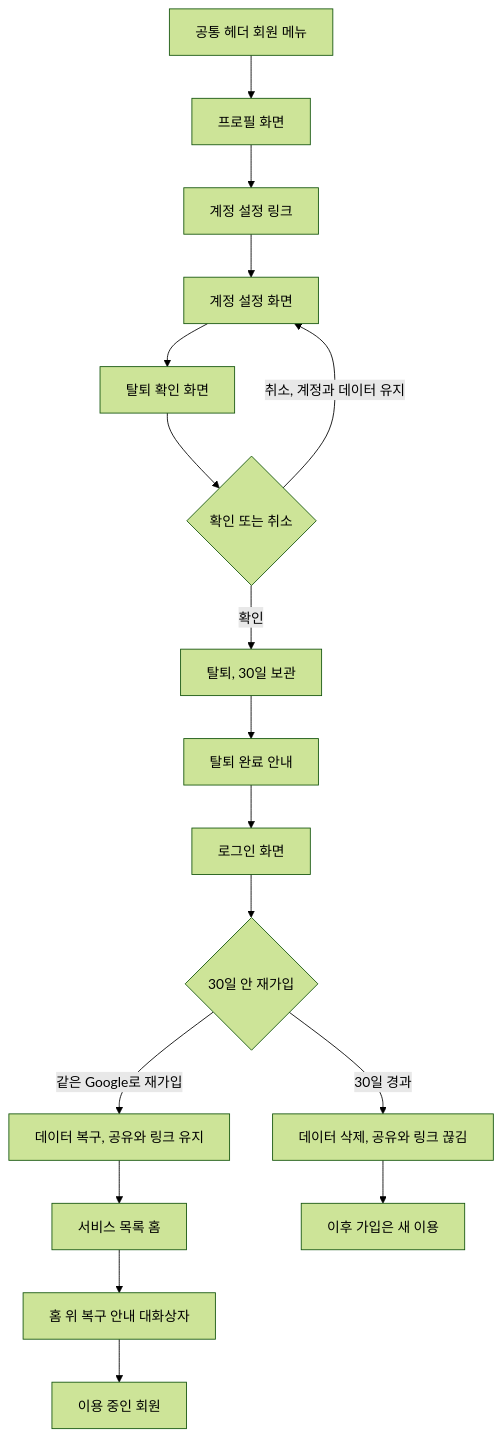
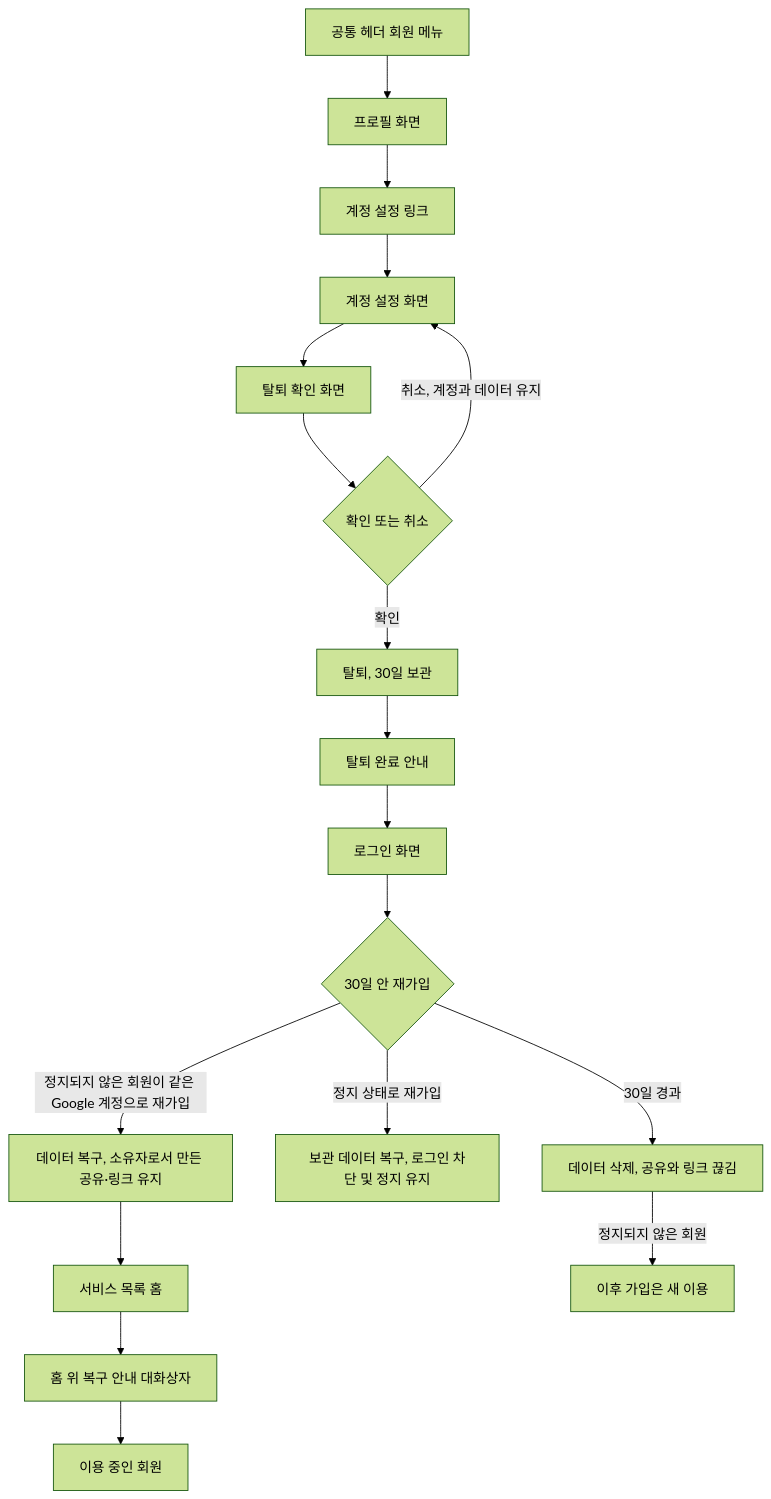
Before and after one commit to HoBaeBang/naruworks-platform: the fifth of 7 diagrams in docs/01-planning/user-flow/UF.md, drawn with Mermaid (forest theme). The commit also changed other lines of this file and 25 other files, not shown here.

````diff
--- a/docs/01-planning/user-flow/UF.md
+++ b/docs/01-planning/user-flow/UF.md
@@ -306,19 +310,20 @@
 ```mermaid
 flowchart TD
   header["공통 헤더 회원 메뉴"] --> profile["프로필 화면"]
   profile --> settingsLink["계정 설정 링크"]
   settingsLink --> settings["계정 설정 화면"]
   settings --> confirm["탈퇴 확인 화면"]
   confirm --> choice{"확인 또는 취소"}
   choice -->|"취소, 계정과 데이터 유지"| settings
   choice -->|"확인"| withdrawn["탈퇴, 30일 보관"]
   withdrawn --> doneNotice["탈퇴 완료 안내"]
   doneNotice --> login["로그인 화면"]
   login --> period{"30일 안 재가입"}
-  period -->|"같은 Google로 재가입"| restoredAcc["데이터 복구, 공유와 링크 유지"]
+  period -->|"정지되지 않은 회원이 같은 Google 계정으로 재가입"| restoredAcc["데이터 복구, 소유자로서 만든 공유·링크 유지"]
+  period -->|"정지 상태로 재가입"| blockRejoin["보관 데이터 복구, 로그인 차단 및 정지 유지"]
   restoredAcc --> homeAfter["서비스 목록 홈"]
   homeAfter --> restoreNotice["홈 위 복구 안내 대화상자"]
   restoreNotice --> member["이용 중인 회원"]
   period -->|"30일 경과"| deleted["데이터 삭제, 공유와 링크 끊김"]
-  deleted --> newJoin["이후 가입은 새 이용"]
+  deleted -->|"정지되지 않은 회원"| newJoin["이후 가입은 새 이용"]
 ```
````
